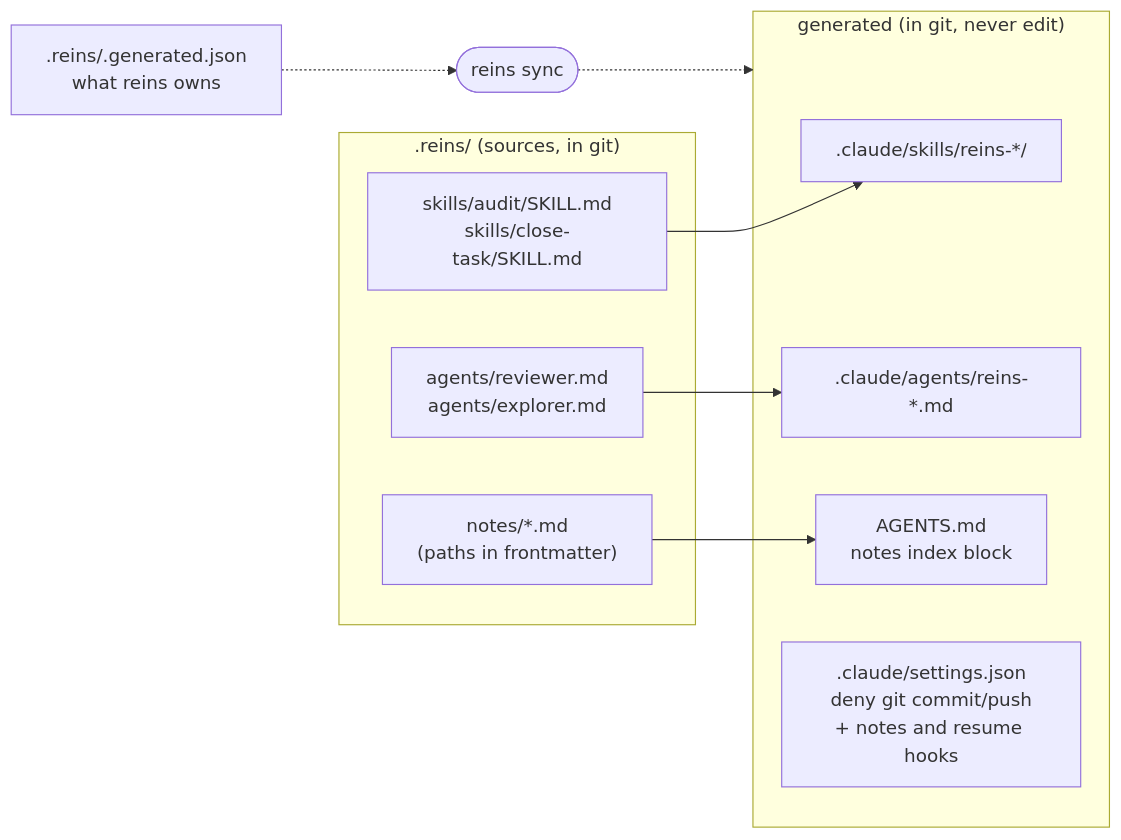
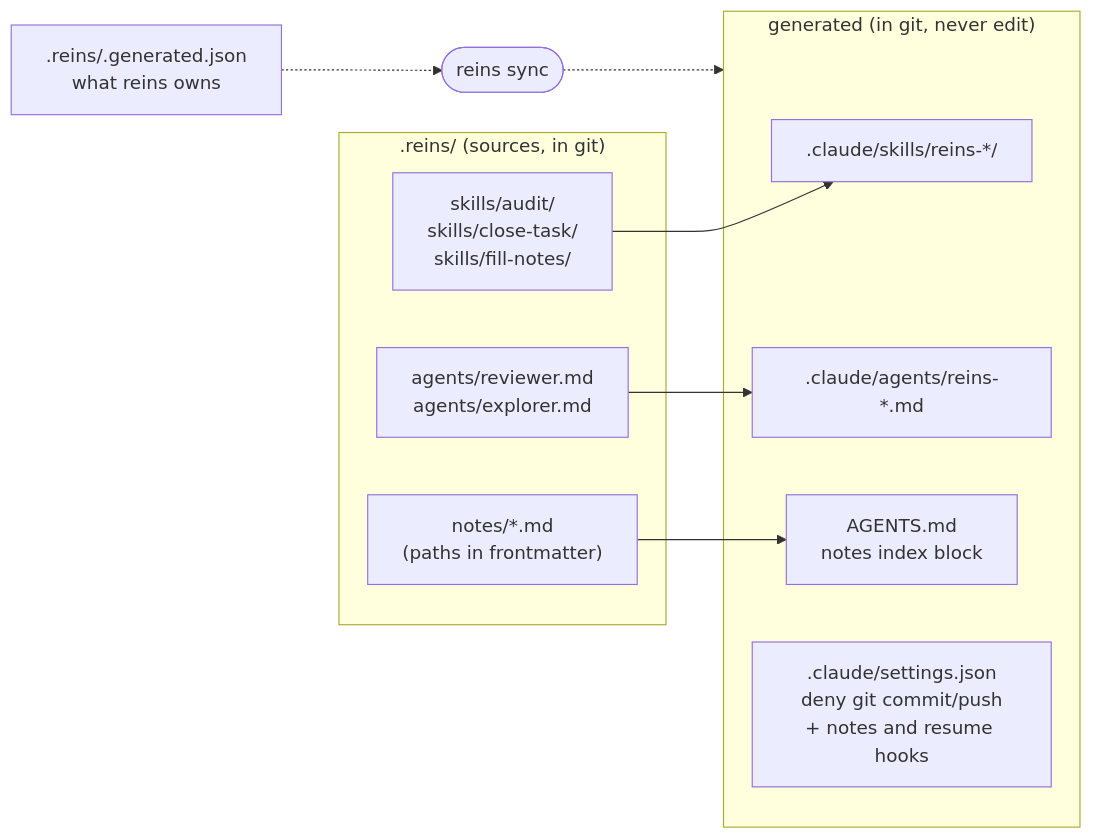
One commit to fredarcito/reins changed diagram 11 of 15 in README.md. Above: the diagram before and after it, drawn with Mermaid. The commit also changed other lines of this file and 18 other files, not shown here.

````diff
--- a/README.md
+++ b/README.md
@@ -494,19 +496,19 @@
 ```mermaid
 flowchart LR
     subgraph src[".reins/ (sources, in git)"]
-        skills["skills/audit/SKILL.md<br/>skills/close-task/SKILL.md"]
+        skills["skills/audit/<br/>skills/close-task/<br/>skills/fill-notes/"]
         agents["agents/reviewer.md<br/>agents/explorer.md"]
         notes["notes/*.md<br/>(paths in frontmatter)"]
     end
     subgraph gen["generated (in git, never edit)"]
         cskills[".claude/skills/reins-*/"]
         cagents[".claude/agents/reins-*.md"]
         index["AGENTS.md<br/>notes index block"]
         settings[".claude/settings.json<br/>deny git commit/push<br/>+ notes and resume hooks"]
     end
     skills --> cskills
     agents --> cagents
     notes --> index
     sync(["reins sync"]) -.-> gen
     manifest[".reins/.generated.json<br/>what reins owns"] -.-> sync
 ```
````
